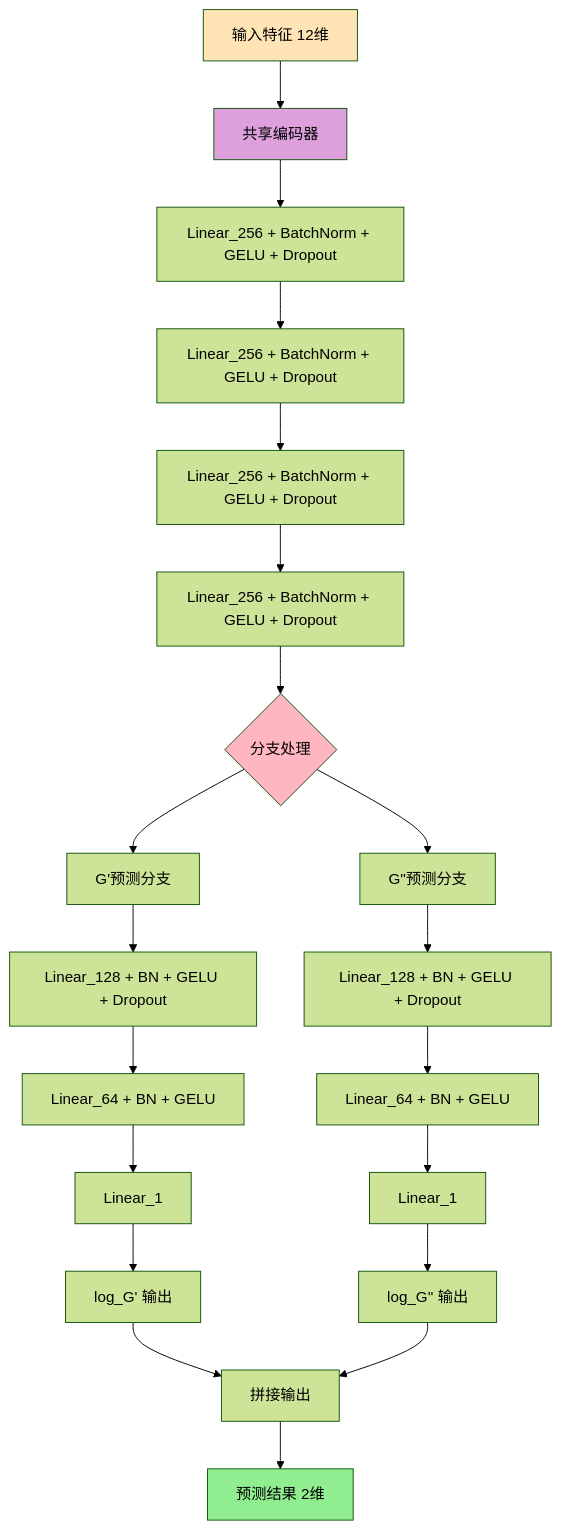
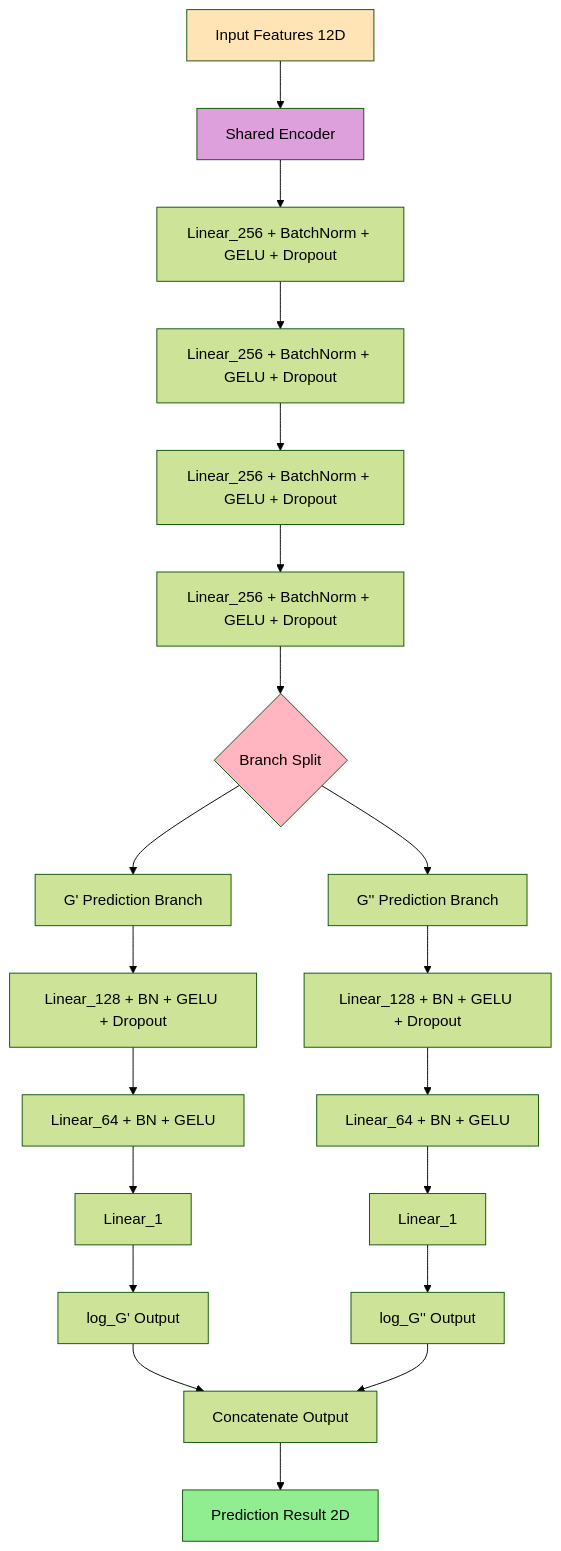
One commit to Prcmise/PB_Rheo changed the fourth of 10 diagrams in 流程图_PINN_Rheology_Prediction.md. Above: the diagram before and after it, drawn with Mermaid (forest theme). The commit also changed other lines of this file, not shown here.

Commit message:
Translate and update PINN rheology prediction documentation

````diff
--- a/流程图_PINN_Rheology_Prediction.md
+++ b/流程图_PINN_Rheology_Prediction.md
@@ -110,32 +110,32 @@
 ```mermaid
 flowchart TD
-    Input[输入特征 12维] --> Encoder[共享编码器]
+    Input[Input Features 12D] --> Encoder[Shared Encoder]
     
     Encoder --> E1[Linear_256 + BatchNorm + GELU + Dropout]
     E1 --> E2[Linear_256 + BatchNorm + GELU + Dropout]
     E2 --> E3[Linear_256 + BatchNorm + GELU + Dropout]
     E3 --> E4[Linear_256 + BatchNorm + GELU + Dropout]
     
-    E4 --> Split{分支处理}
+    E4 --> Split{Branch Split}
     
-    Split --> Branch1[G'预测分支]
+    Split --> Branch1[G' Prediction Branch]
     Branch1 --> B1_1[Linear_128 + BN + GELU + Dropout]
     B1_1 --> B1_2[Linear_64 + BN + GELU]
     B1_2 --> B1_3[Linear_1]
-    B1_3 --> Out1[log_G' 输出]
+    B1_3 --> Out1[log_G' Output]
     
-    Split --> Branch2[G''预测分支]
+    Split --> Branch2[G'' Prediction Branch]
     Branch2 --> B2_1[Linear_128 + BN + GELU + Dropout]
     B2_1 --> B2_2[Linear_64 + BN + GELU]
     B2_2 --> B2_3[Linear_1]
-    B2_3 --> Out2[log_G'' 输出]
+    B2_3 --> Out2[log_G'' Output]
     
-    Out1 --> Concat[拼接输出]
+    Out1 --> Concat[Concatenate Output]
     Out2 --> Concat
-    Concat --> Final[预测结果 2维]
+    Concat --> Final[Prediction Result 2D]
     
     style Input fill:#FFE4B5
     style Encoder fill:#DDA0DD
     style Split fill:#FFB6C1
     style Final fill:#90EE90
 ```
````
